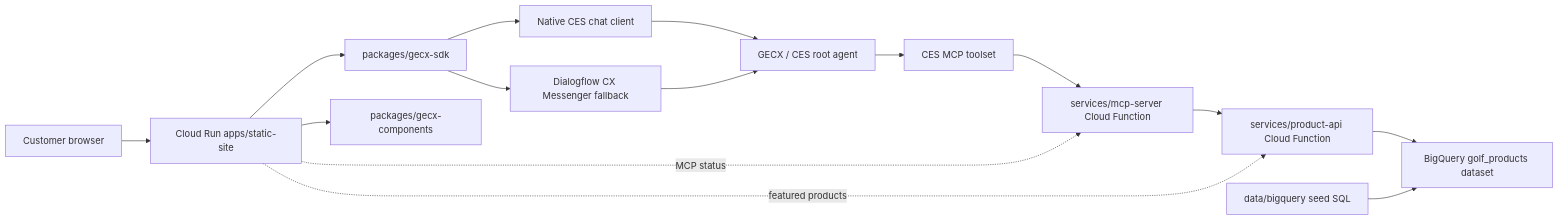
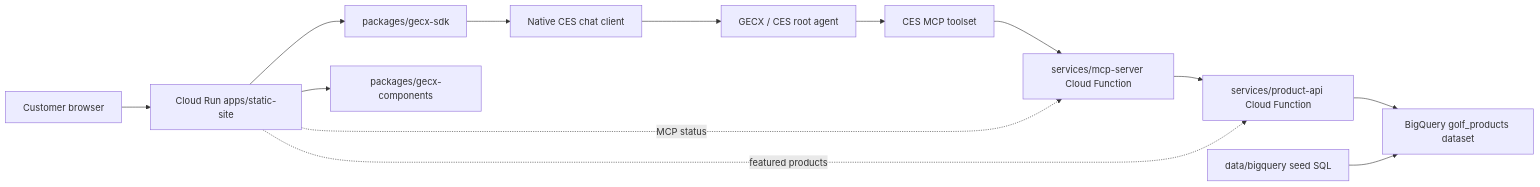
Before and after one commit to dpedzinski/golf-shop: the diagram in docs/specs/architecture-data-flow.spec.md, drawn with Mermaid. The commit also changed other lines of this file and 32 other files, not shown here.

````diff
--- a/docs/specs/architecture-data-flow.spec.md
+++ b/docs/specs/architecture-data-flow.spec.md
@@ -21,30 +21,27 @@
 ```mermaid
 flowchart LR
   Browser["Customer browser"]
   Site["Cloud Run apps/static-site"]
   SDK["packages/gecx-sdk"]
   Components["packages/gecx-components"]
   CesChat["Native CES chat client"]
-  Messenger["Dialogflow CX Messenger fallback"]
   GECX["GECX / CES root agent"]
   Toolset["CES MCP toolset"]
   MCP["services/mcp-server Cloud Function"]
   API["services/product-api Cloud Function"]
   BigQuery["BigQuery golf_products dataset"]
   SQL["data/bigquery seed SQL"]
 
   Browser --> Site
   Site --> SDK
   Site --> Components
   SDK --> CesChat
-  SDK --> Messenger
   CesChat --> GECX
-  Messenger --> GECX
   GECX --> Toolset
   Toolset --> MCP
   MCP --> API
   API --> BigQuery
   SQL --> BigQuery
   Site -. featured products .-> API
   Site -. MCP status .-> MCP
 ```
````
